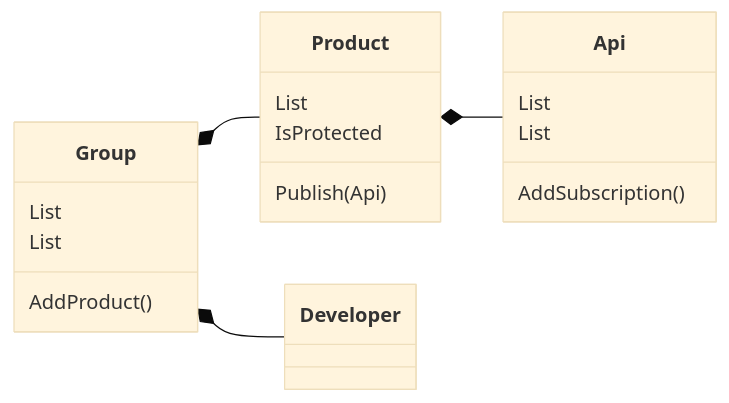
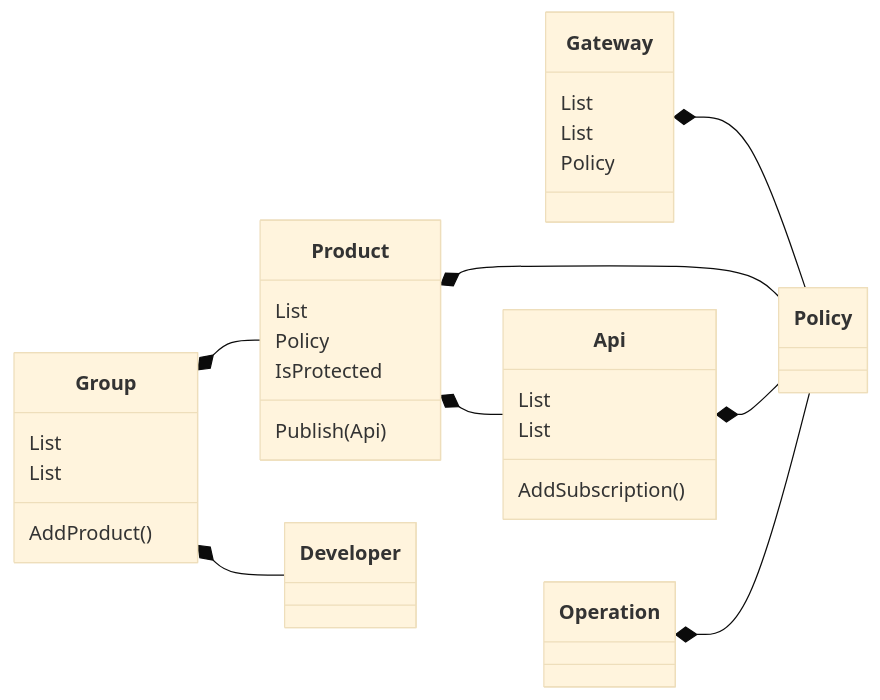
The first of 2 diagrams in docs/compute/apimanagement.md (ameyakarkal/az-204), drawn with Mermaid (base theme) before and after one commit. The commit also changed other lines of this file, not shown here.

Commit message:
api management : pluralsight

```diff
--- a/docs/compute/apimanagement.md
+++ b/docs/compute/apimanagement.md
@@ -25,26 +38,41 @@
 :::mermaid
     classDiagram
     direction LR
+    class Gateway {
+        List<Group>
+        List<Product>
+        Policy
+    }
+
     class Group{
         List<Product>
         List<Developer>
         AddProduct()
     }
 
     class Product{
        List<Api>
+       Policy
        IsProtected
        Publish(Api)
     }
 
     class Api {
         List<Operation>
         List<Subscription>
         AddSubscription()
     }
     class Developer
 
+    class Policy
+
     Group*--Product
     Group*--Developer
     Product*--Api
+
+    Gateway*--Policy
+    Product*--Policy
+    Api*--Policy
+    Operation*--Policy
+    
 :::
```
